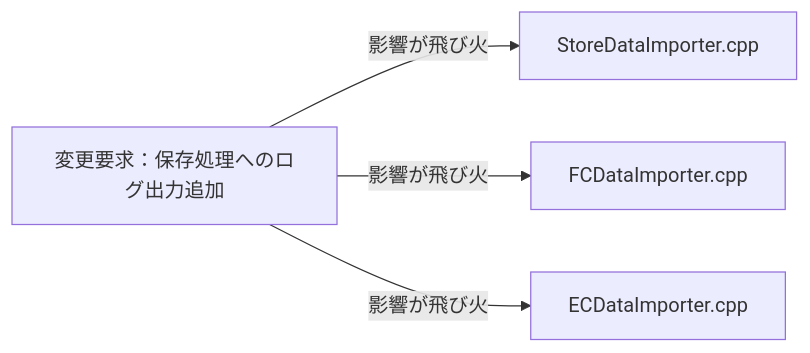
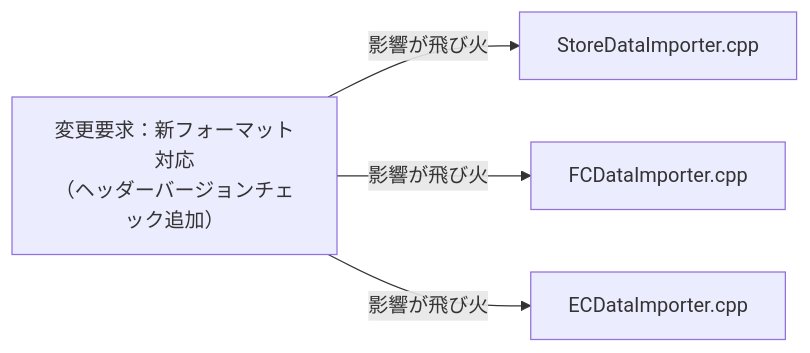
Before and after one commit to kumachan1101-pixel/DesignPattern: the third of 11 diagrams in kindle/design-patterns/output/chapter04.md, drawn with Mermaid. The commit also changed other lines of this file and 3 other files, not shown here.

First line of the commit message:
fix: chapter04/06/07/08 フェーズ6シーケンス図を案1-3から削除（最終案のみ残す）

````diff
--- a/kindle/design-patterns/output/chapter04.md
+++ b/kindle/design-patterns/output/chapter04.md
@@ -291,7 +333,8 @@
 ```mermaid
 graph LR
-    T1["変更要求：保存処理へのログ出力追加"] -->|"影響が飛び火"| A["StoreDataImporter.cpp"]
+    T1["変更要求：新フォーマット対応<br>（ヘッダーバージョンチェック追加）"]
+    T1 -->|"影響が飛び火"| A["StoreDataImporter.cpp"]
     T1 -->|"影響が飛び火"| B["FCDataImporter.cpp"]
     T1 -->|"影響が飛び火"| C["ECDataImporter.cpp"]
 
 ```
````
